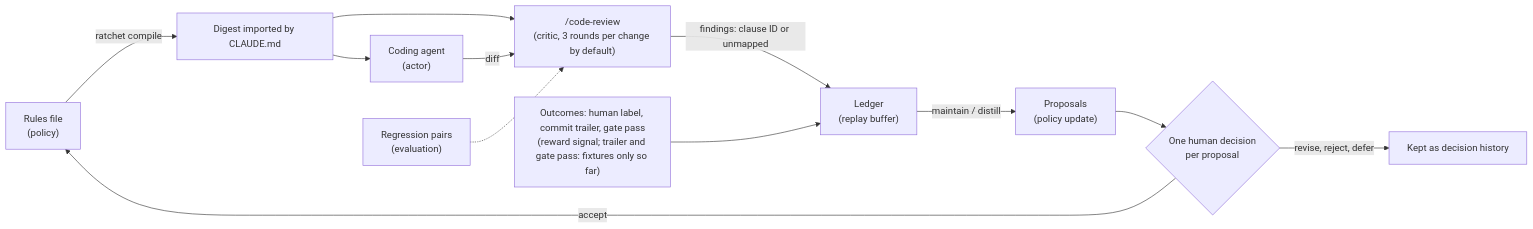
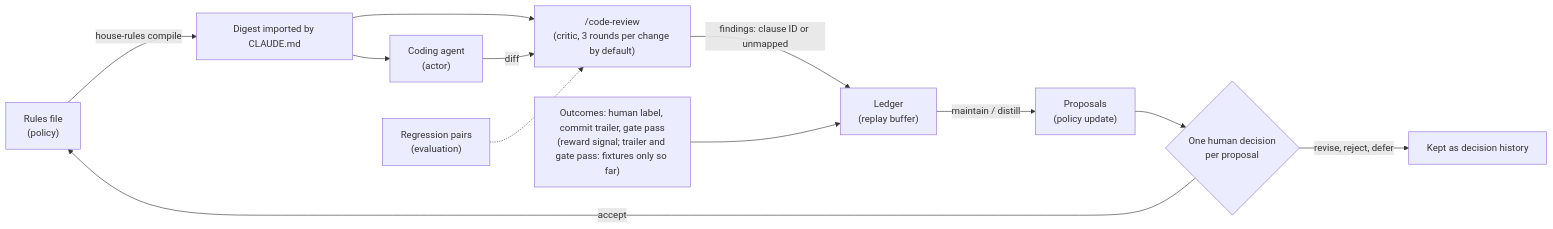
Before and after one commit to wangxuzhou666-arch/house-rules: the diagram in docs/METHOD.md, drawn with Mermaid. The commit also changed other lines of this file and 20 other files, not shown here.

First line of the commit message:
docs: rename review-ratchet to house-rules

````diff
--- a/docs/METHOD.md
+++ b/docs/METHOD.md
@@ -36,14 +36,14 @@
 ```mermaid
 flowchart LR
-  R["Rules file<br/>(policy)"] -->|"ratchet compile"| D["Digest imported by CLAUDE.md"]
+  R["Rules file<br/>(policy)"] -->|"house-rules compile"| D["Digest imported by CLAUDE.md"]
   D --> A["Coding agent<br/>(actor)"]
   D --> C["/code-review<br/>(critic, 3 rounds per change by default)"]
   A -->|"diff"| C
   C -->|"findings: clause ID or unmapped"| L["Ledger<br/>(replay buffer)"]
   O["Outcomes: human label, commit trailer, gate pass<br/>(reward signal; trailer and gate pass: fixtures only so far)"] --> L
   L -->|"maintain / distill"| P["Proposals<br/>(policy update)"]
   P --> H{"One human decision<br/>per proposal"}
   H -->|"accept"| R
   H -->|"revise, reject, defer"| K["Kept as decision history"]
   T["Regression pairs<br/>(evaluation)"] -.-> C
 ```
````
